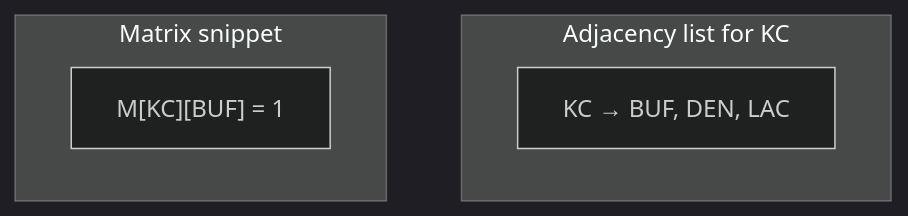
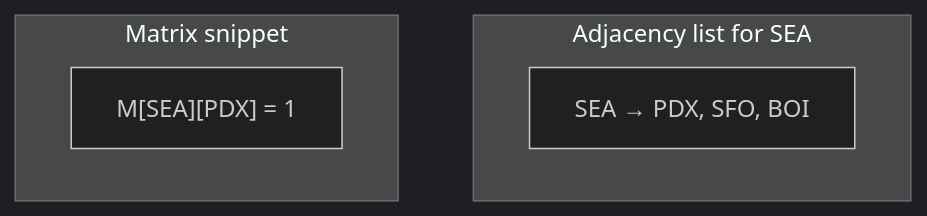
One commit to qgjones9/python-programming-guide changed the second of 6 diagrams in docs/dsa/data-structures/graphs/index.md. Above: the diagram before and after it, drawn with Mermaid (dark theme). The commit also changed other lines of this file and 29 other files, not shown here.

````diff
--- a/docs/dsa/data-structures/graphs/index.md
+++ b/docs/dsa/data-structures/graphs/index.md
@@ -63,9 +63,9 @@
 ```mermaid
 flowchart TB
-  subgraph list["Adjacency list for KC"]
-    KC2["KC → BUF, DEN, LAC"]
+  subgraph list["Adjacency list for SEA"]
+    SEA2["SEA → PDX, SFO, BOI"]
   end
   subgraph matrix["Matrix snippet"]
-    M["M[KC][BUF] = 1"]
+    M["M[SEA][PDX] = 1"]
   end
 ```
````
